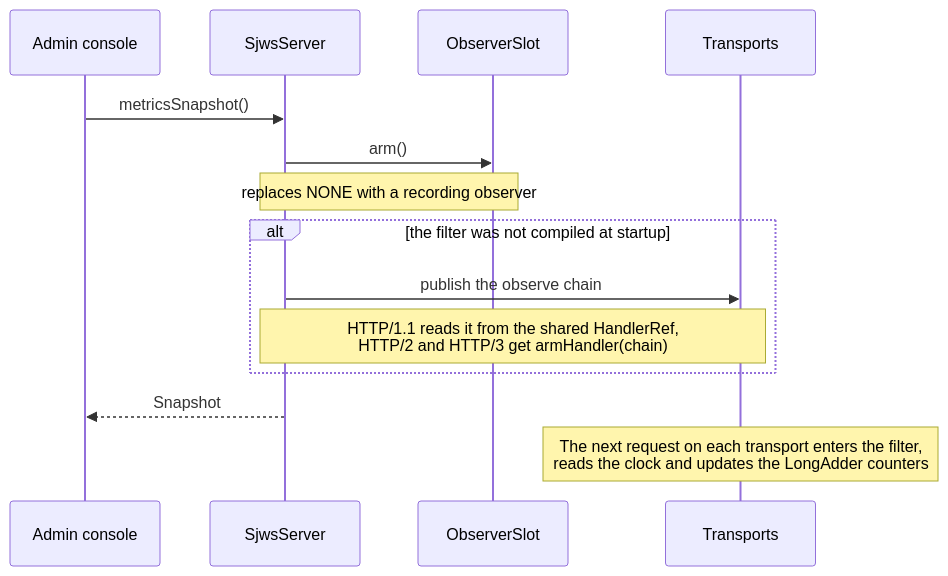
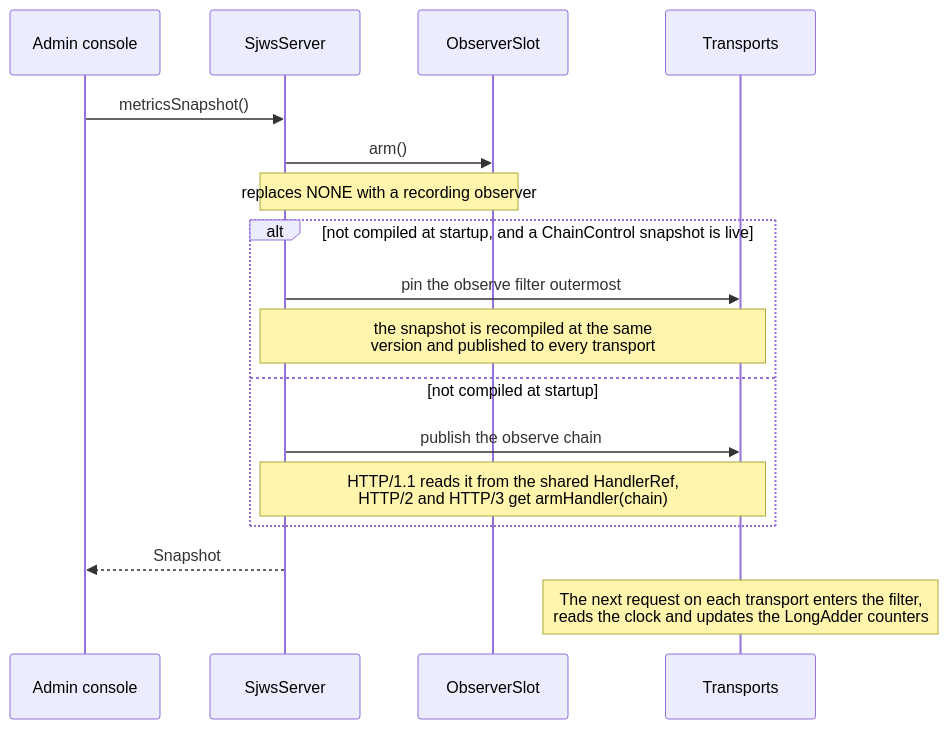
One commit to BlivionIaG/sjws_nettask changed the fourth of 5 diagrams in docs/design/architecture.md. Above: the diagram before and after it, drawn with Mermaid. The commit also changed other lines of this file and 14 other files, not shown here.

````diff
--- a/docs/design/architecture.md
+++ b/docs/design/architecture.md
@@ -159,17 +167,20 @@
 ```mermaid
 sequenceDiagram
     participant Admin as Admin console
     participant S as SjwsServer
     participant Slot as ObserverSlot
     participant T as Transports
 
     Admin->>S: metricsSnapshot()
     S->>Slot: arm()
     Note over S,Slot: replaces NONE with a recording observer
-    alt the filter was not compiled at startup
+    alt not compiled at startup, and a ChainControl snapshot is live
+        S->>T: pin the observe filter outermost
+        Note over S,T: the snapshot is recompiled at the same<br/>version and published to every transport
+    else not compiled at startup
         S->>T: publish the observe chain
         Note over S,T: HTTP/1.1 reads it from the shared HandlerRef,<br/>HTTP/2 and HTTP/3 get armHandler(chain)
     end
     S-->>Admin: Snapshot
     Note over T: The next request on each transport enters the filter,<br/>reads the clock and updates the LongAdder counters
 ```
````
